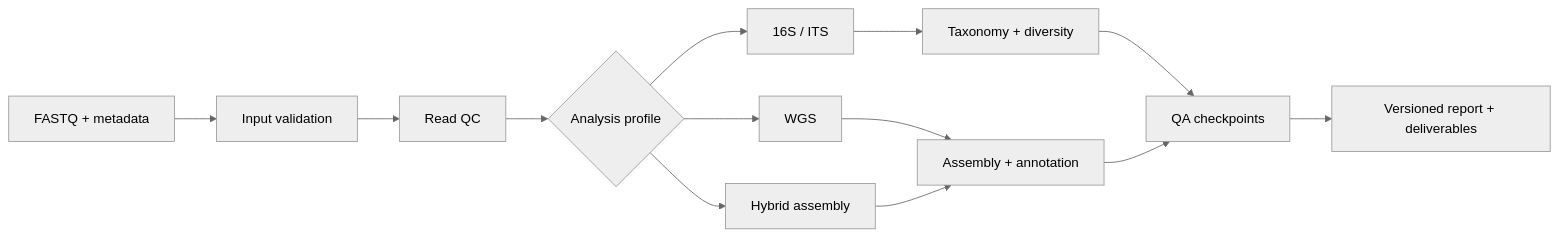
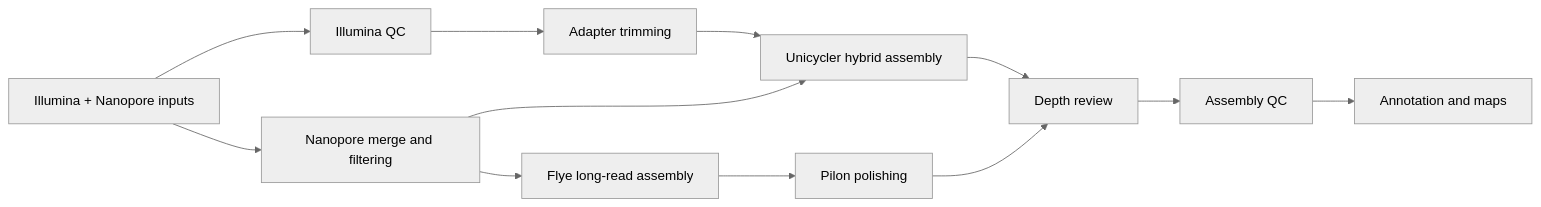
The fourth of 4 diagrams in _projects/integrated-microbial-genomics-platform.md (Bruce-BC/bruce-bc.github.io), drawn with Mermaid (neutral theme) before and after one commit. The commit also changed other lines of this file and 19 other files, not shown here.

````diff
--- a/_projects/integrated-microbial-genomics-platform.md
+++ b/_projects/integrated-microbial-genomics-platform.md
@@ -24,15 +89,15 @@
 ```mermaid
 flowchart LR
-    A[FASTQ + metadata] --> B[Input validation]
-    B --> C[Read QC]
-    C --> D{Analysis profile}
-    D --> E[16S / ITS]
-    D --> F[WGS]
-    D --> G[Hybrid assembly]
-    E --> H[Taxonomy + diversity]
-    F --> I[Assembly + annotation]
-    G --> I
-    H --> J[QA checkpoints]
-    I --> J
-    J --> K[Versioned report + deliverables]
+    hybrid_inputs[Illumina + Nanopore inputs] --> illumina_qc[Illumina QC]
+    hybrid_inputs --> nanopore_filtering[Nanopore merge and filtering]
+    illumina_qc --> adapter_trimming[Adapter trimming]
+    adapter_trimming --> unicycler_assembly[Unicycler hybrid assembly]
+    nanopore_filtering --> unicycler_assembly
+    nanopore_filtering --> flye_assembly[Flye long-read assembly]
+    flye_assembly --> pilon_polishing[Pilon polishing]
+    unicycler_assembly --> depth_review[Depth review]
+    pilon_polishing --> depth_review
+    depth_review --> assembly_qc[Assembly QC]
+    assembly_qc --> annotation_and_maps[Annotation and maps]
+    class illumina_qc,adapter_trimming,nanopore_filtering,unicycler_assembly,flye_assembly,pilon_polishing,depth_review,assembly_qc,annotation_and_maps project-tool-node
 ```
````
